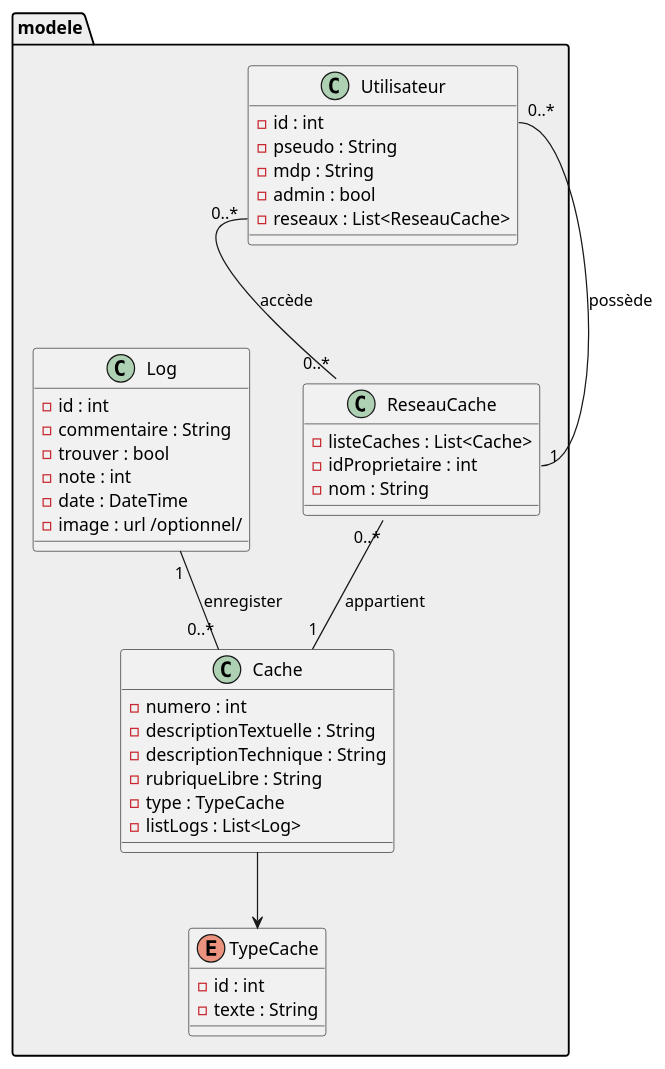
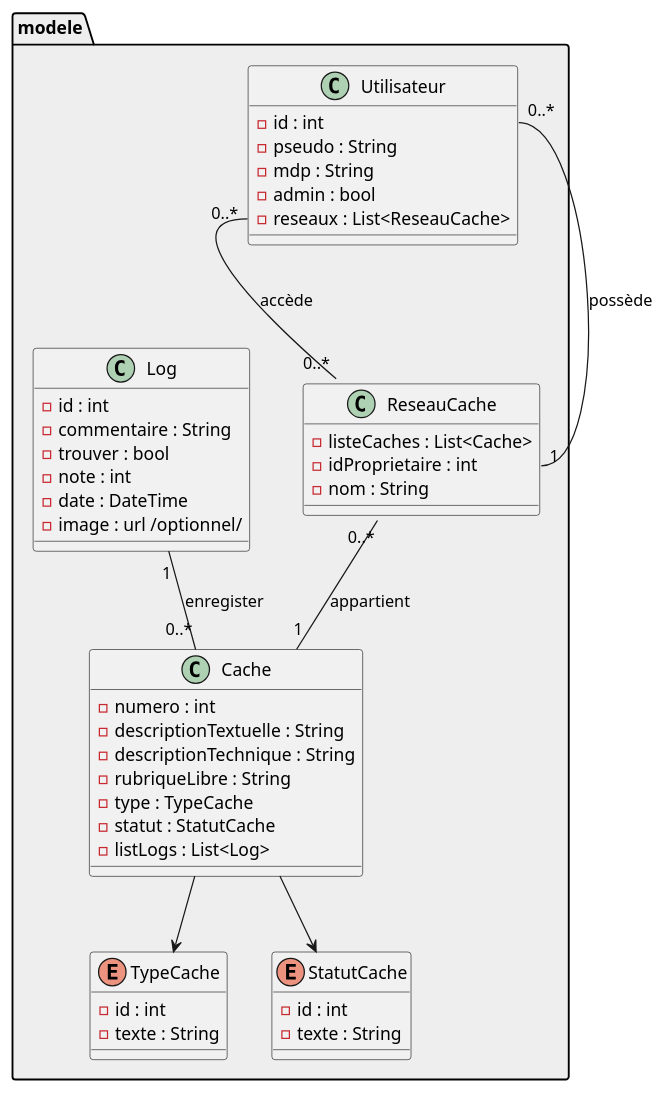
The diagram in conception/UML/diagramme_classes.puml (Thomas-Duthoit/ge-OO-cache), drawn with PlantUML before and after one commit.

Commit message:
Add statut attribute and enum to diagramme_classes

```diff
--- a/conception/UML/diagramme_classes.puml
+++ b/conception/UML/diagramme_classes.puml
@@ -1,52 +1,60 @@
 @startuml
 
 package "modele" #EEEEEE{
 
 class Utilisateur{
   - id : int
   - pseudo : String 
   - mdp : String
   - admin : bool
   - reseaux : List<ReseauCache>
 }
 
 class ReseauCache{
   - listeCaches : List<Cache>
   - idProprietaire : int
   - nom : String
 }
 
 class Cache{
   - numero : int
   - descriptionTextuelle : String
   - descriptionTechnique : String 
   - rubriqueLibre : String
   - type : TypeCache
+  - statut : StatutCache
   - listLogs : List<Log>
 }
 
 enum TypeCache{
   - id : int 
   - texte : String
 }
+
+enum StatutCache{
+  - id : int 
+  - texte : String
+}
+
 
 class Log{
   - id : int
   - commentaire : String
   - trouver : bool
   - note : int
   - date : DateTime
   - image : url /optionnel/
 }
 
 Cache --> TypeCache
+Cache --> StatutCache
 
 Utilisateur::reseaux "0..*" -- "0..*" ReseauCache : accède
 Utilisateur::id "0..*" -- "1" ReseauCache::idProprietaire : possède
 
 ReseauCache::listCaches "0..*" -- "1" Cache : appartient
 
 Log "1" -- "0..*" Cache : enregister
 }
 
 @enduml
```
